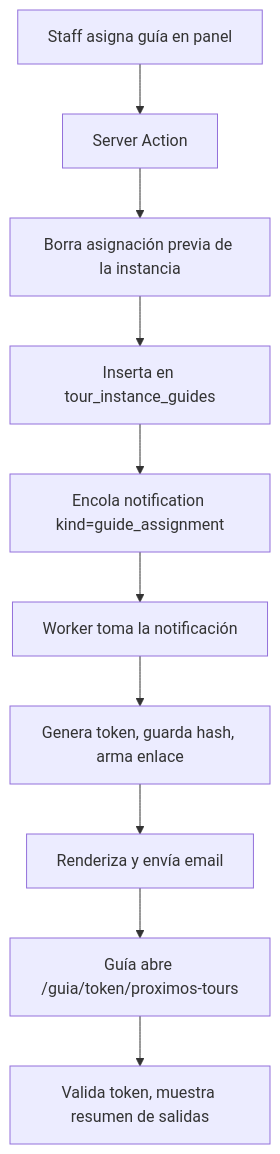
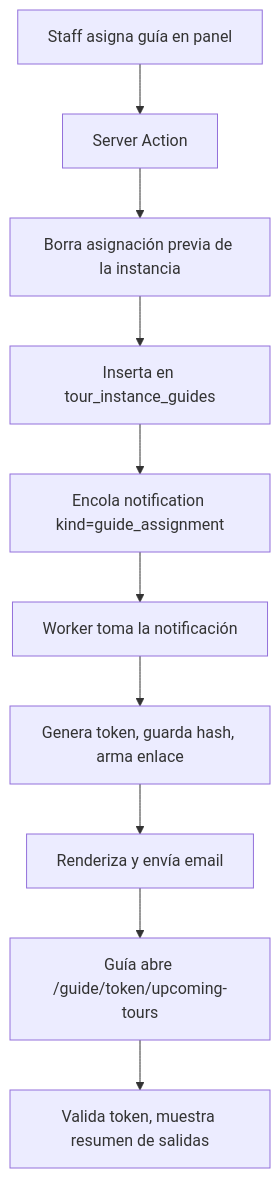
The diagram in docs/specs/0009-gestion-asignacion-guias.md (KthArg/boka-reservations), drawn with Mermaid before and after one commit. The commit also changed other lines of this file and 9 other files, not shown here.

First line of the commit message:
refactor(guides): rutas de 0009 en ingles (departures, guide/upcoming-tours)

````diff
--- a/docs/specs/0009-gestion-asignacion-guias.md
+++ b/docs/specs/0009-gestion-asignacion-guias.md
@@ -108,12 +108,12 @@
 ```mermaid
 flowchart TD
   A[Staff asigna guía en panel] --> B[Server Action]
   B --> C[Borra asignación previa de la instancia]
   C --> D[Inserta en tour_instance_guides]
   D --> H[Encola notification kind=guide_assignment]
   H --> I[Worker toma la notificación]
   I --> F[Genera token, guarda hash, arma enlace]
   F --> G[Renderiza y envía email]
-  G --> J[Guía abre /guia/token/proximos-tours]
+  G --> J[Guía abre /guide/token/upcoming-tours]
   J --> K[Valida token, muestra resumen de salidas]
 ```
````
